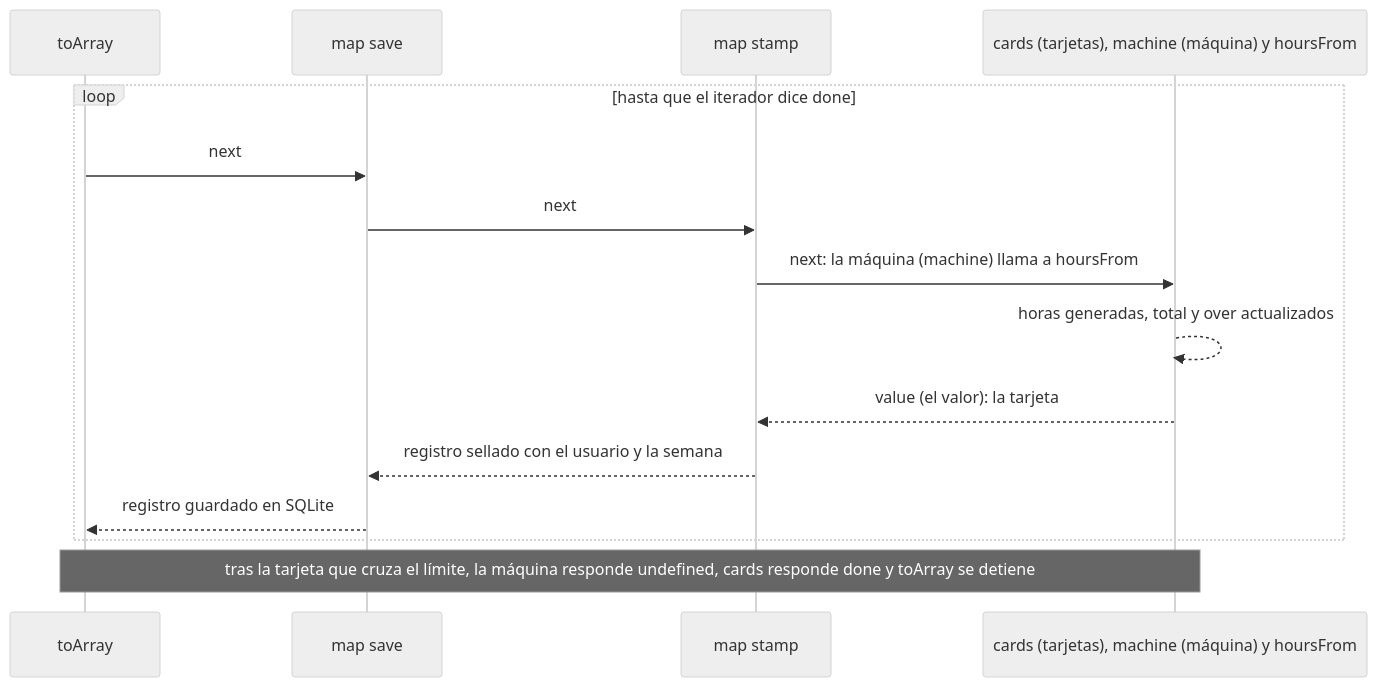
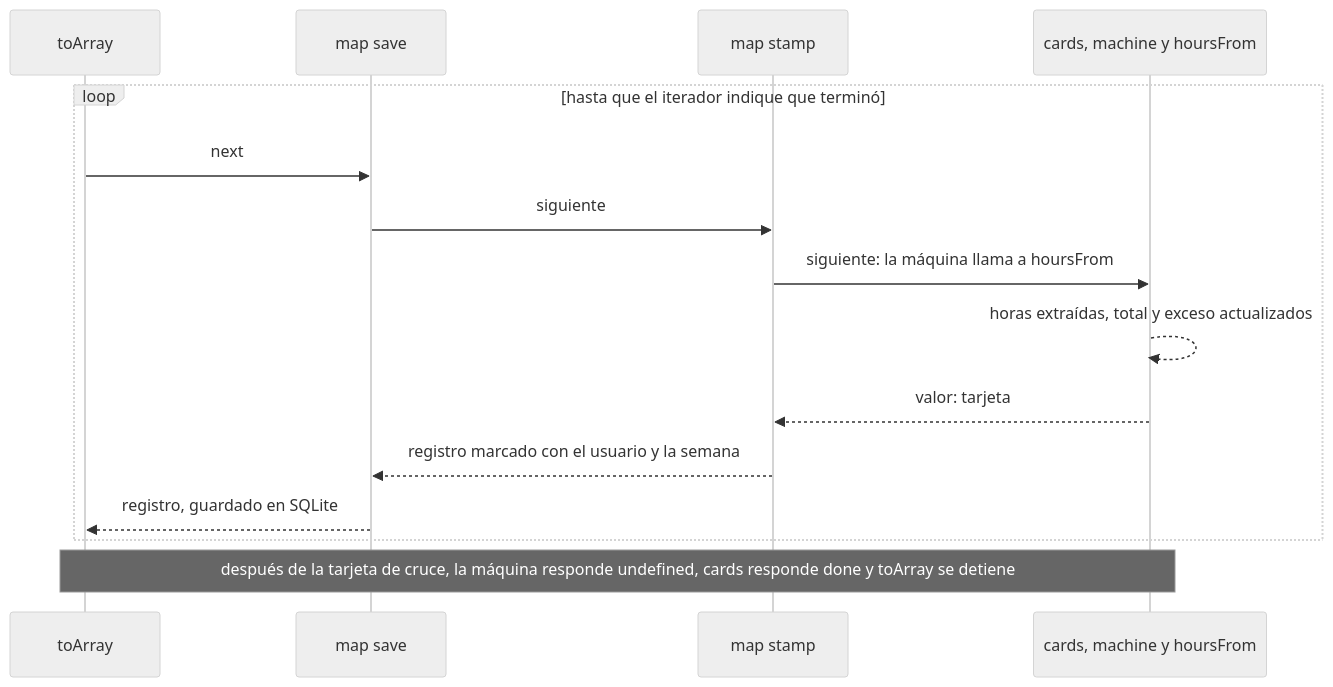
One commit to dullroar/aprende-a-programar-como-un-bicho-raro changed the second of 3 diagrams in lessons/guias-de-estudio/lenguajes/javascript.md. Above: the diagram before and after it, drawn with Mermaid (neutral theme). The commit also changed other lines of this file and 22 other files, not shown here.

First line of the commit message:
loop(P5-003): build six Spanish publications; sync_guide_diagrams supports #block-N

````diff
--- a/lessons/guias-de-estudio/lenguajes/javascript.md
+++ b/lessons/guias-de-estudio/lenguajes/javascript.md
@@ -82,19 +82,19 @@
 ```mermaid
 sequenceDiagram
-    accTitle: javascript-weird: la demanda saca cada tarjeta a través de tres clausuras y dos maps
-    accDescr: Un diagrama de secuencia de la demanda (pull). La llamada a toArray demanda un valor al segundo map, que demanda uno al primer map, que demanda uno al iterador cards. El iterador cards llama a la clausura de la máquina (machine), que llama a la clausura hoursFrom para obtener un número y mueve el estado del generador. La clausura de la máquina suma las horas a su total capturado, activa su bandera de parada si el total pasa de 40 y devuelve la tarjeta. La tarjeta vuelve hacia arriba: el primer map la sella con el usuario y la semana, el segundo map la guarda en SQLite y toArray la recoge. Después toArray vuelve a demandar. Tras la tarjeta que cruza el límite, la máquina responde undefined, el iterador responde done y toArray se detiene.
+    accTitle: javascript-weird: la demanda (pull) hace pasar cada tarjeta por tres clausuras y dos map
+    accDescr: Un diagrama de secuencia de la demanda (pull). La llamada toArray demanda un valor al segundo map, que demanda uno al primer map, que demanda uno al iterador de tarjetas. El iterador de tarjetas llama a la clausura de la máquina, que llama a la clausura de horas para obtener un número y mueve el estado del generador. La máquina suma las horas a su total capturado, activa su bandera de parada si el total pasa de 40 y devuelve la tarjeta. La tarjeta sube de vuelta: el primer map le pone el usuario y la semana, el segundo map la guarda en SQLite y toArray la recopila. Luego toArray vuelve a demandar. Después de la tarjeta que cruza, la máquina responde undefined, el iterador responde done y toArray se detiene.
     participant T as toArray
     participant S as map save
     participant P as map stamp
-    participant C as cards (tarjetas), machine (máquina) y hoursFrom
-    loop hasta que el iterador dice done
+    participant C as cards, machine y hoursFrom
+    loop hasta que el iterador indique que terminó
         T->>S: next
-        S->>P: next
-        P->>C: next: la máquina (machine) llama a hoursFrom
-        C-->>C: horas generadas, total y over actualizados
-        C-->>P: value (el valor): la tarjeta
-        P-->>S: registro sellado con el usuario y la semana
-        S-->>T: registro guardado en SQLite
+        S->>P: siguiente
+        P->>C: siguiente: la máquina llama a hoursFrom
+        C-->>C: horas extraídas, total y exceso actualizados
+        C-->>P: valor: tarjeta
+        P-->>S: registro marcado con el usuario y la semana
+        S-->>T: registro, guardado en SQLite
     end
-    Note over C,T: tras la tarjeta que cruza el límite, la máquina responde undefined, cards responde done y toArray se detiene
+    Note over C,T: después de la tarjeta de cruce, la máquina responde undefined, cards responde done y toArray se detiene
 ```
````
